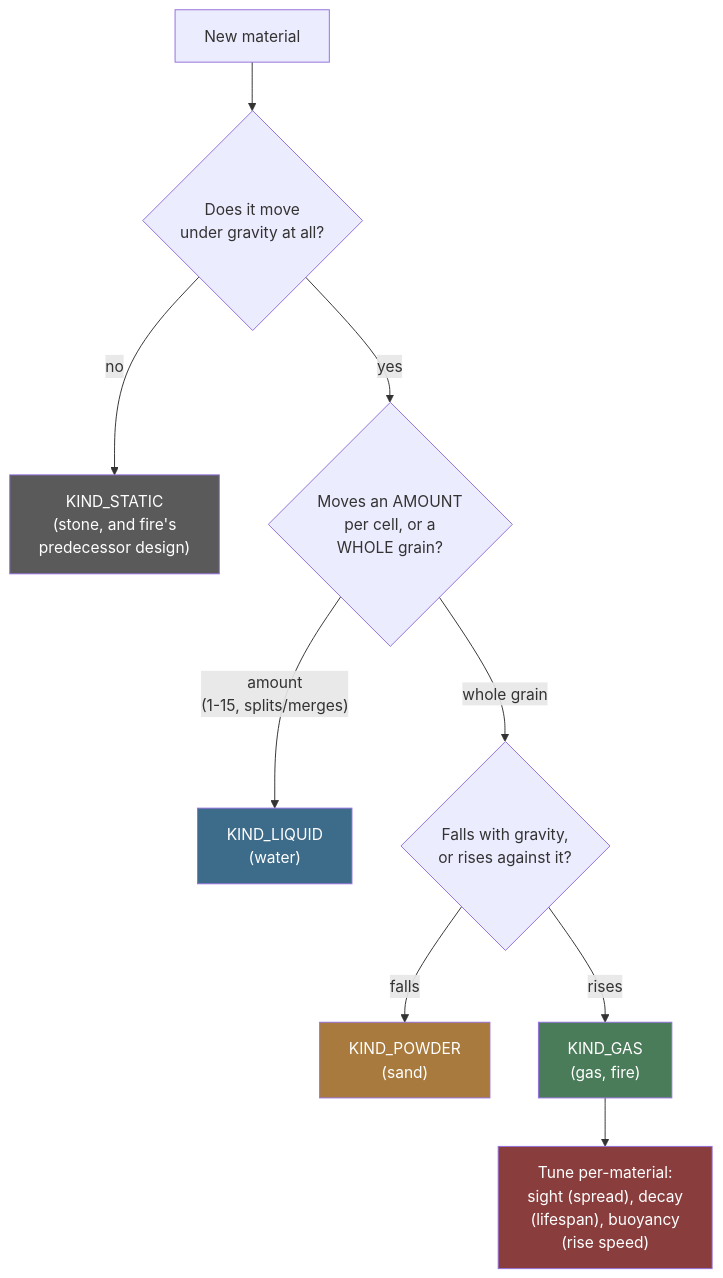
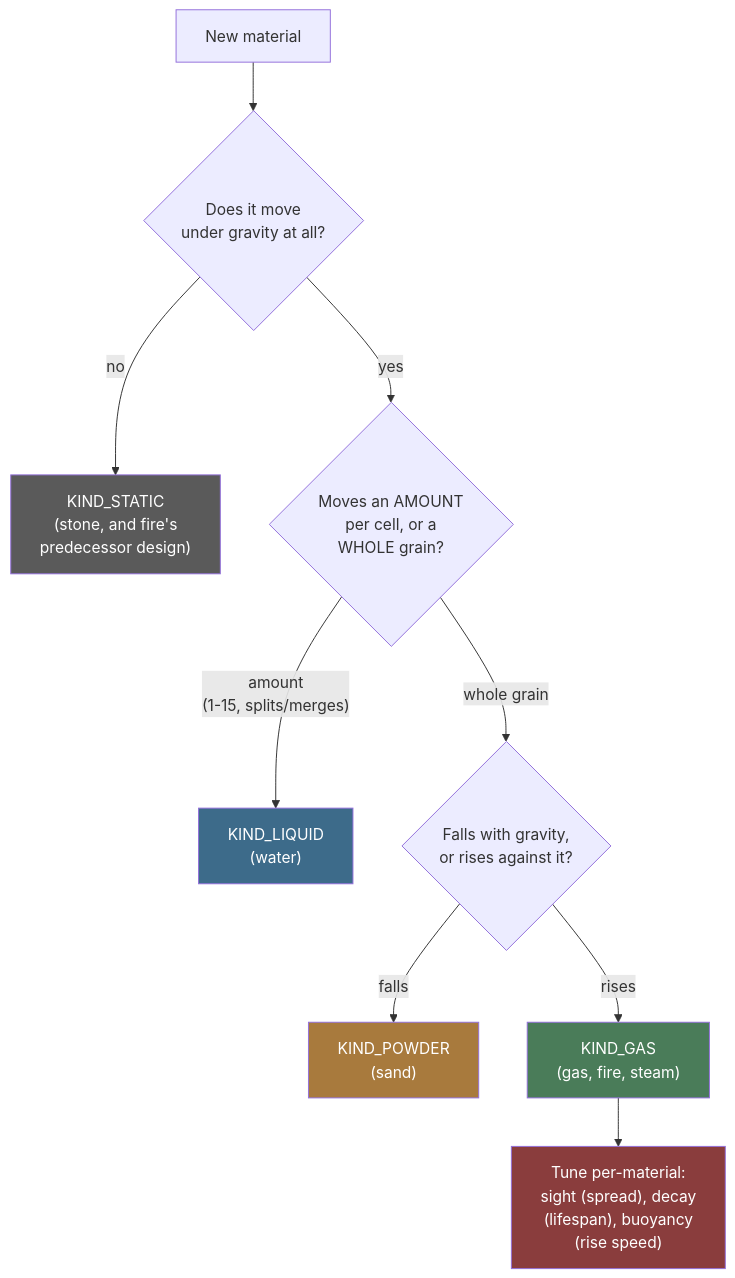
One commit to jose-villegas/esp32-c6-dev changed the first of 4 diagrams in docs/Sand/Architecture.md. Above: the diagram before and after it, drawn with Mermaid. The commit also changed other lines of this file and 2 other files, not shown here.

````diff
--- a/docs/Sand/Architecture.md
+++ b/docs/Sand/Architecture.md
@@ -69,17 +105,17 @@
 ```mermaid
 flowchart TD
     A["New material"] --> B{"Does it move\nunder gravity at all?"}
     B -- "no" --> C["KIND_STATIC\n(stone, and fire's\npredecessor design)"]
     B -- "yes" --> D{"Moves an AMOUNT\nper cell, or a\nWHOLE grain?"}
     D -- "amount\n(1-15, splits/merges)" --> E["KIND_LIQUID\n(water)"]
     D -- "whole grain" --> F{"Falls with gravity,\nor rises against it?"}
     F -- "falls" --> G["KIND_POWDER\n(sand)"]
-    F -- "rises" --> H["KIND_GAS\n(gas, fire)"]
+    F -- "rises" --> H["KIND_GAS\n(gas, fire, steam)"]
     H --> I["Tune per-material:\nsight (spread), decay\n(lifespan), buoyancy\n(rise speed)"]
 
     style C fill:#5a5a5a,color:#fff
     style E fill:#3d6b8a,color:#fff
     style G fill:#a87a3d,color:#fff
     style H fill:#4a7c59,color:#fff
     style I fill:#8a3d3d,color:#fff
 ```
````
